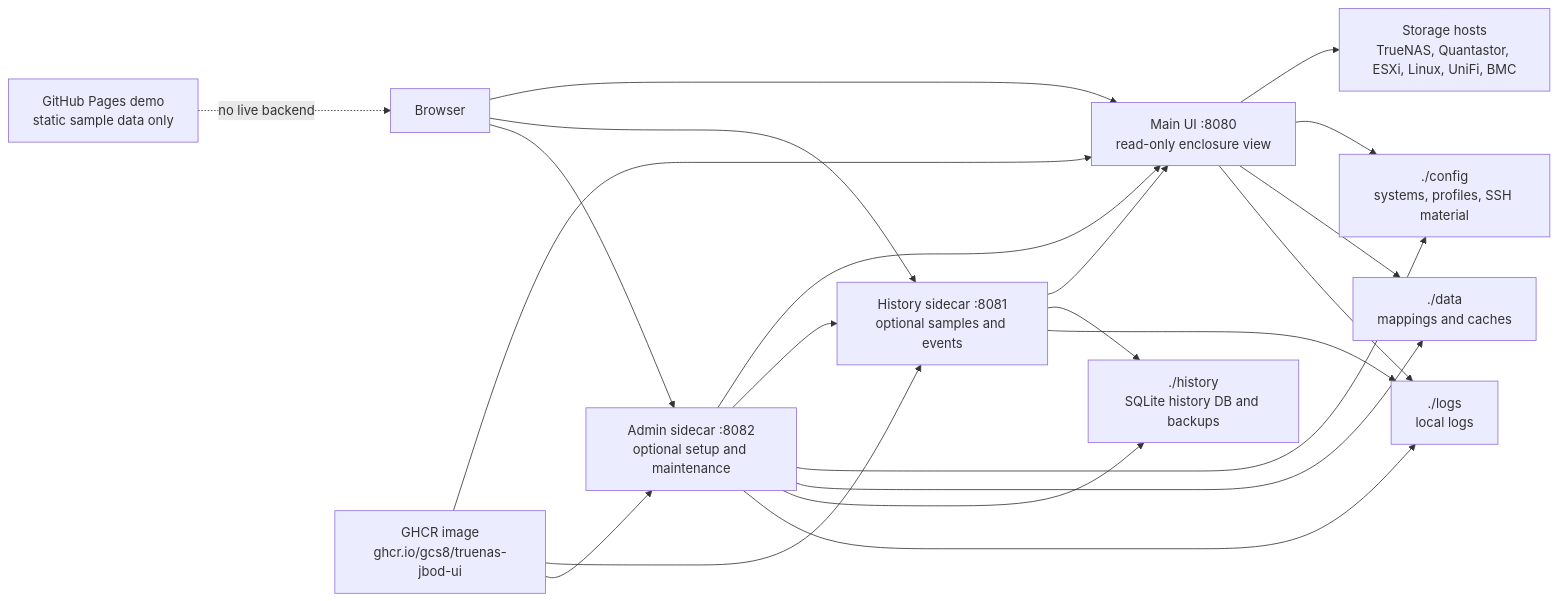
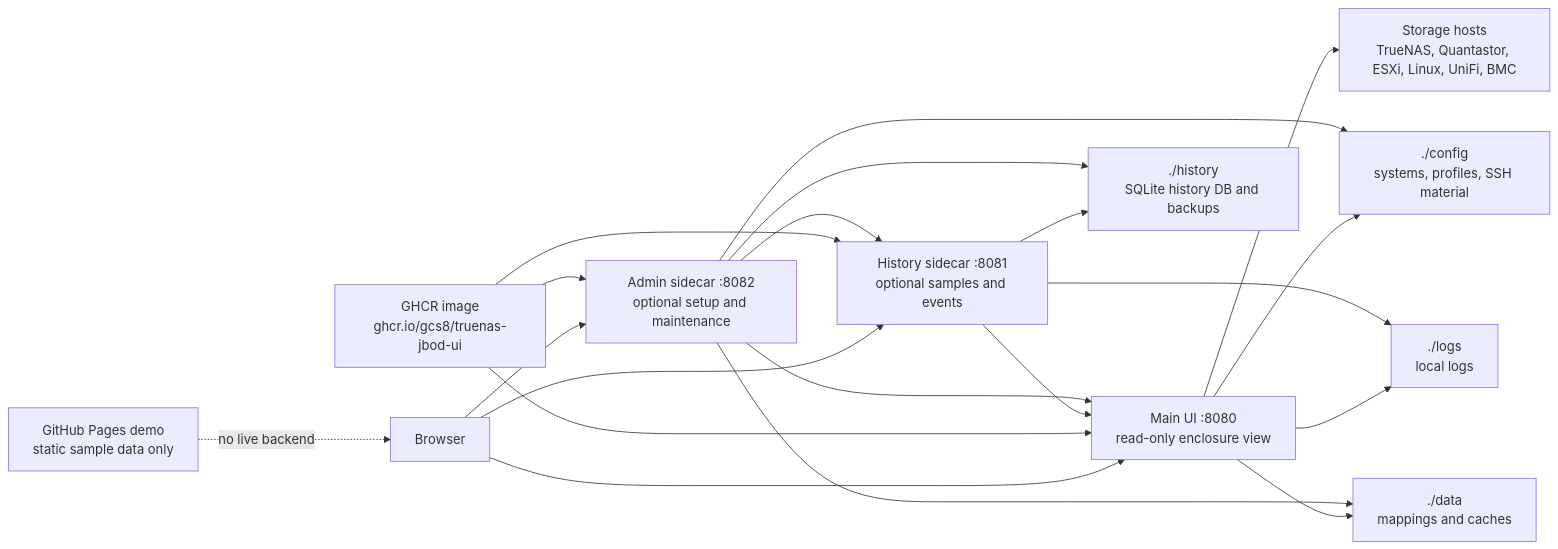
The diagram in wiki/Architecture-and-Services.md (gcs8/truenas-jbod-ui), drawn with Mermaid before and after one commit. The commit also changed other lines of this file and 20 other files, not shown here.

````diff
--- a/wiki/Architecture-and-Services.md
+++ b/wiki/Architecture-and-Services.md
@@ -17,35 +17,35 @@
 ```mermaid
 flowchart LR
     Browser["Browser"]
     UI["Main UI :8080\nread-only enclosure view"]
     History["History sidecar :8081\noptional samples and events"]
     Admin["Admin sidecar :8082\noptional setup and maintenance"]
     Config["./config\nsystems, profiles, SSH material"]
     Data["./data\nmappings and caches"]
     HistDB["./history\nSQLite history DB and backups"]
     Logs["./logs\nlocal logs"]
     Hosts["Storage hosts\nTrueNAS, Quantastor, ESXi, Linux, UniFi, BMC"]
     GHCR["GHCR image\nghcr.io/gcs8/truenas-jbod-ui"]
     Pages["GitHub Pages demo\nstatic sample data only"]
 
     Browser --> UI
     Browser --> History
     Browser --> Admin
     GHCR --> UI
     GHCR --> History
     GHCR --> Admin
     UI --> Hosts
     History --> UI
     Admin --> UI
     Admin --> History
     UI --> Config
     UI --> Data
     History --> HistDB
     Admin --> Config
     Admin --> Data
     Admin --> HistDB
     UI --> Logs
     History --> Logs
-    Admin --> Logs
+
     Pages -. no live backend .-> Browser
 ```
````
